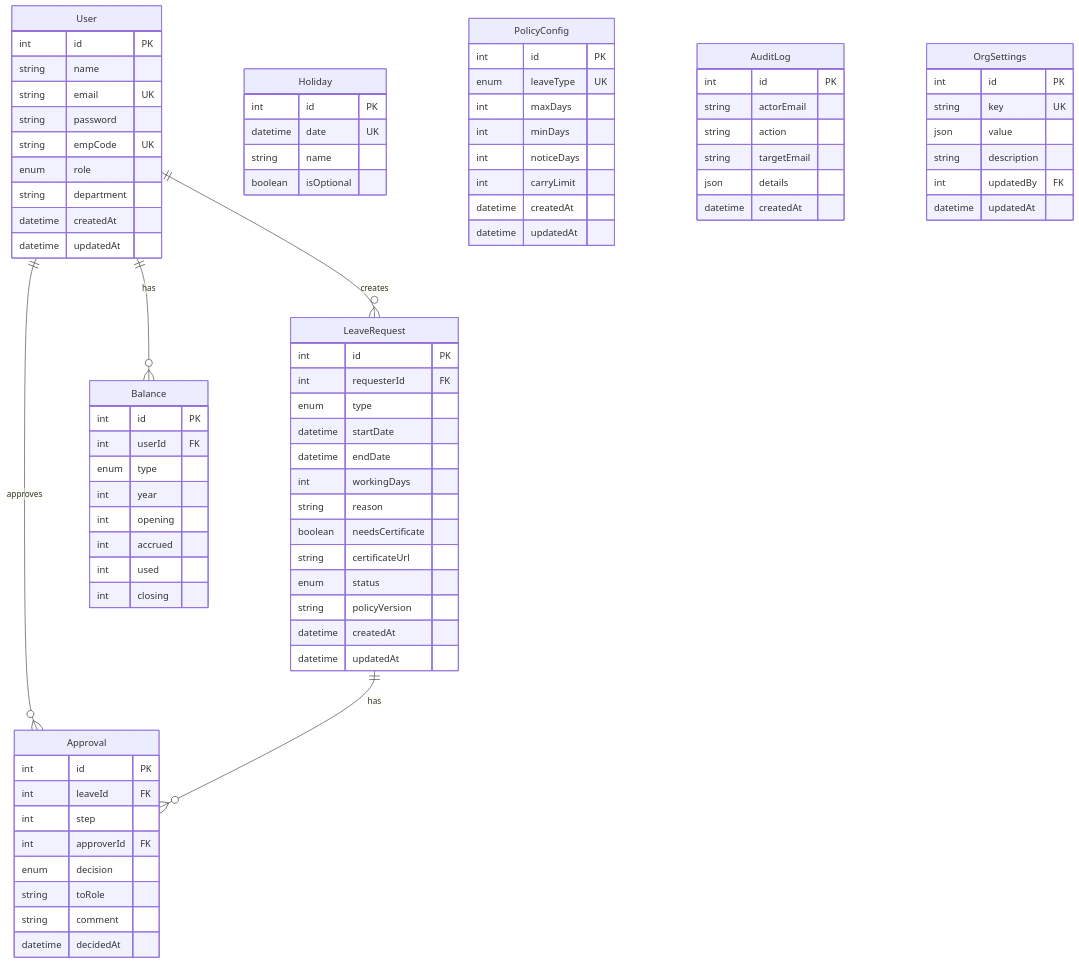
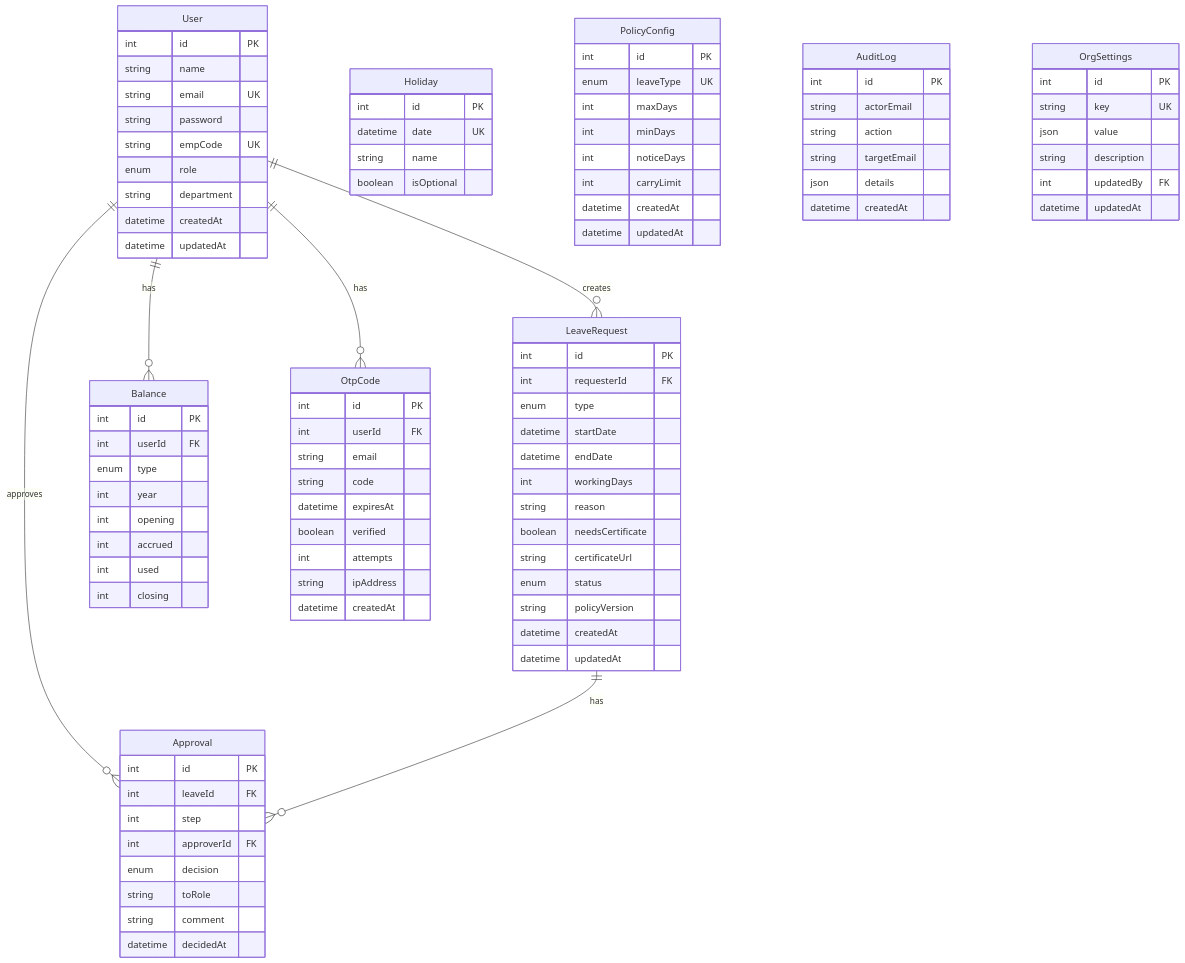
Before and after one commit to Abid-5AS/CDBL-LMS: the diagram in docs/technical-documentation/03-Database-Schema.md, drawn with Mermaid. The commit also changed other lines of this file and 4 other files, not shown here.

```diff
--- a/docs/technical-documentation/03-Database-Schema.md
+++ b/docs/technical-documentation/03-Database-Schema.md
@@ -13,6 +19,7 @@
     User ||--o{ LeaveRequest : creates
     User ||--o{ Balance : has
     User ||--o{ Approval : approves
+    User ||--o{ OtpCode : "has"
     LeaveRequest ||--o{ Approval : has
     User {
         int id PK
@@ -24,6 +31,17 @@
         string department
         datetime createdAt
         datetime updatedAt
+    }
+    OtpCode {
+        int id PK
+        int userId FK
+        string email
+        string code
+        datetime expiresAt
+        boolean verified
+        int attempts
+        string ipAddress
+        datetime createdAt
     }
     LeaveRequest {
         int id PK
```
